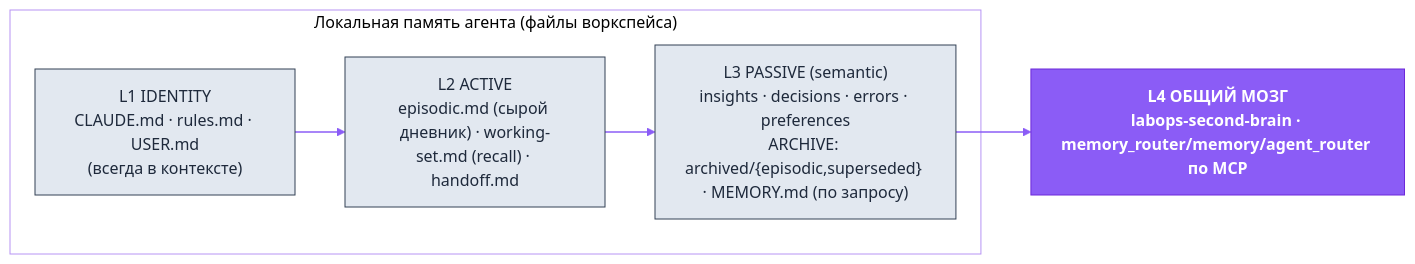
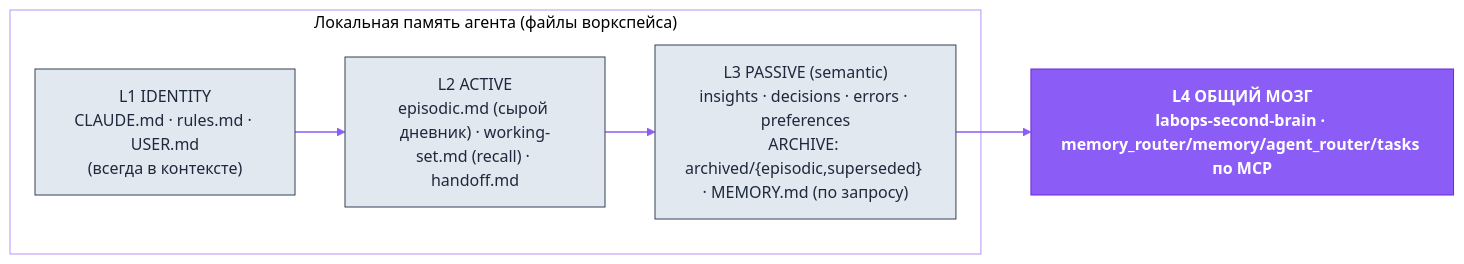
Before and after one commit to dediukhinpa/labops-ai-assistant: the third of 4 diagrams in agent-architecture/README.ru.md, drawn with Mermaid. The commit also changed other lines of this file and 11 other files, not shown here.

````diff
--- a/agent-architecture/README.ru.md
+++ b/agent-architecture/README.ru.md
@@ -209,18 +209,18 @@
 ```mermaid
 %%{init: {'theme':'base','themeVariables':{'primaryColor':'#EDE9FE','primaryTextColor':'#4C1D95','primaryBorderColor':'#8B5CF6','lineColor':'#8B5CF6','secondaryColor':'#F1F5F9','tertiaryColor':'#ffffff','clusterBkg':'transparent','clusterBorder':'#B794F4','fontFamily':'Helvetica,Arial,sans-serif'}}}%%
 flowchart LR
   subgraph local["Локальная память агента (файлы воркспейса)"]
     L1["L1 IDENTITY<br/>CLAUDE.md · rules.md · USER.md<br/>(всегда в контексте)"]
     L2["L2 ACTIVE<br/>episodic.md (сырой дневник) · working-set.md (recall) · handoff.md"]
     L3["L3 PASSIVE (semantic)<br/>insights · decisions · errors · preferences<br/>ARCHIVE: archived/{episodic,superseded} · MEMORY.md (по запросу)"]
   end
-  L4["L4 ОБЩИЙ МОЗГ<br/>labops-second-brain · memory_router/memory/agent_router по MCP"]
+  L4["L4 ОБЩИЙ МОЗГ<br/>labops-second-brain · memory_router/memory/agent_router/tasks по MCP"]
   L1 --> L2 --> L3 --> L4
   classDef brand fill:#8B5CF6,stroke:#6D28D9,color:#ffffff,font-weight:bold
   classDef ext fill:#CCFBF1,stroke:#0D9488,color:#0F766E
   classDef store fill:#FEF3C7,stroke:#D97706,color:#92400E
   classDef sys fill:#E2E8F0,stroke:#334155,color:#1E293B
   linkStyle default stroke:#8B5CF6,stroke-width:1.5px
   class L4 brand
   class L1,L2,L3 sys
 ```
````
